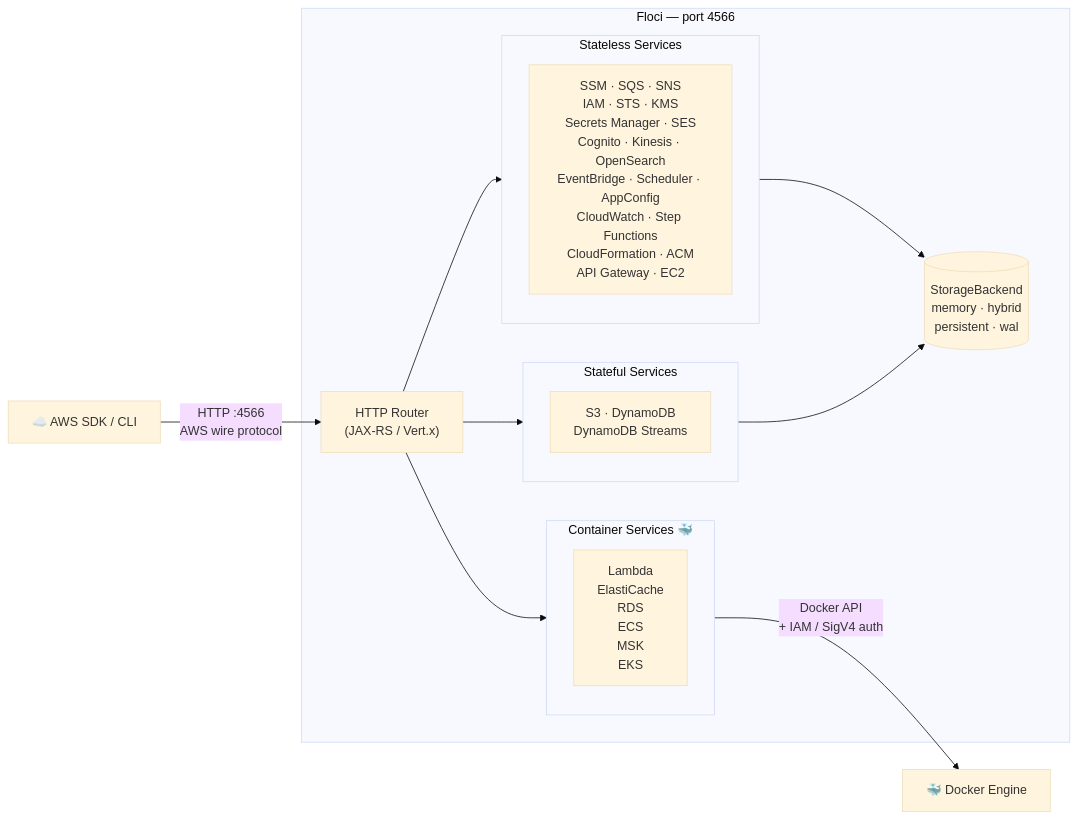
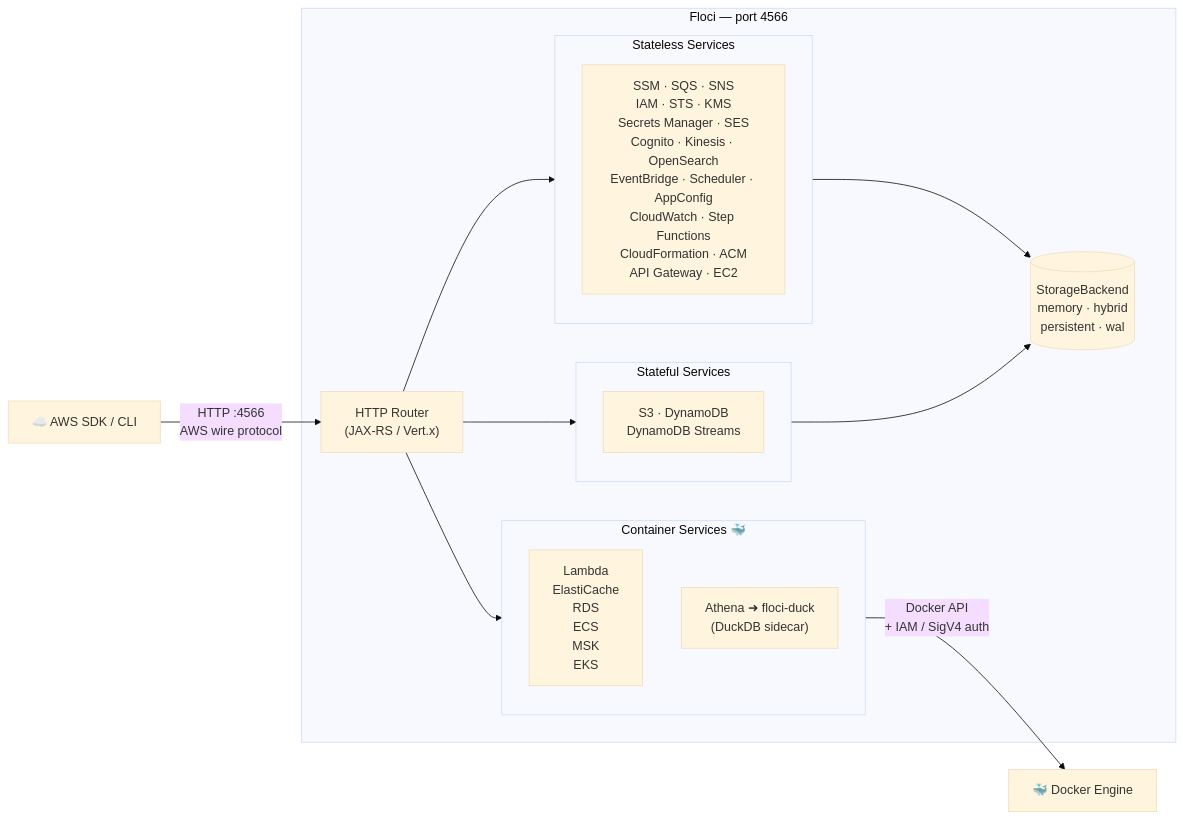
Before and after one commit to ryan00x/aws-terraform-ci-validation: the diagram in README.md, drawn with Mermaid (base theme). The commit also changed other lines of this file and 21 other files, not shown here.

First line of the commit message:
feat(athena): real SQL execution via floci-duck DuckDB sidecar (#584)

````diff
--- a/README.md
+++ b/README.md
@@ -78,29 +78,30 @@
 ```mermaid
 flowchart LR
     Client["☁️ AWS SDK / CLI"]
 
     subgraph Floci ["Floci — port 4566"]
         Router["HTTP Router\n(JAX-RS / Vert.x)"]
 
         subgraph Stateless ["Stateless Services"]
             A["SSM · SQS · SNS\nIAM · STS · KMS\nSecrets Manager · SES\nCognito · Kinesis · OpenSearch\nEventBridge · Scheduler · AppConfig\nCloudWatch · Step Functions\nCloudFormation · ACM\nAPI Gateway · EC2"]
         end
 
         subgraph Stateful ["Stateful Services"]
             B["S3 · DynamoDB\nDynamoDB Streams"]
         end
 
         subgraph Containers ["Container Services  🐳"]
             C["Lambda\nElastiCache\nRDS\nECS\nMSK\nEKS"]
+            D["Athena ➜ floci-duck\n(DuckDB sidecar)"]
         end
 
         Router --> Stateless
         Router --> Stateful
         Router --> Containers
         Stateless & Stateful --> Store[("StorageBackend\nmemory · hybrid\npersistent · wal")]
     end
 
     Docker["🐳 Docker Engine"]
     Client -->|"HTTP :4566\nAWS wire protocol"| Router
     Containers -->|"Docker API\n+ IAM / SigV4 auth"| Docker
 ```
````
